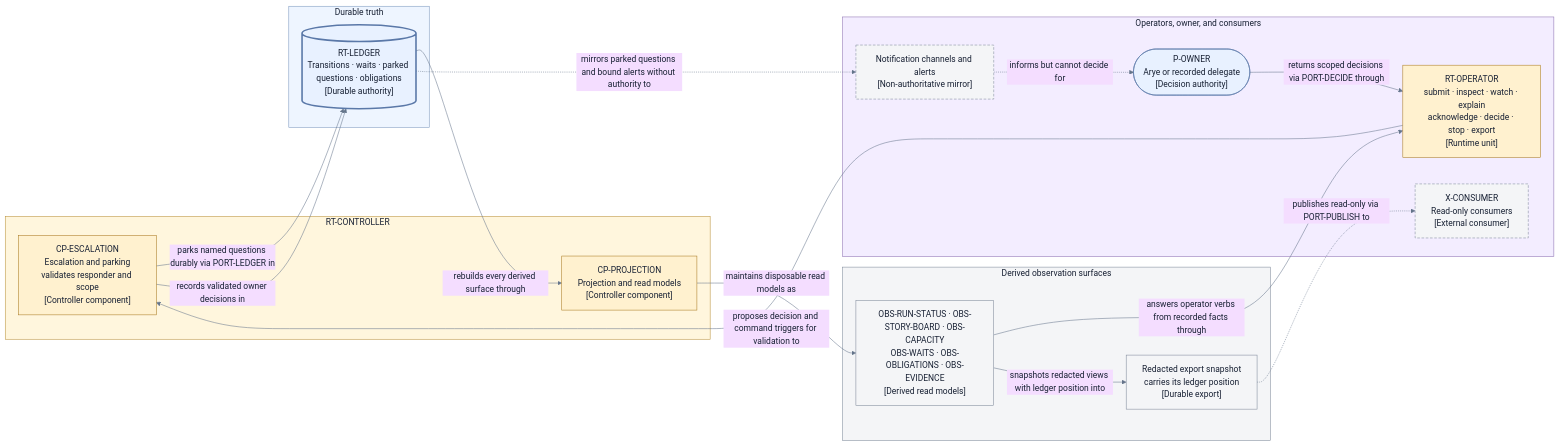
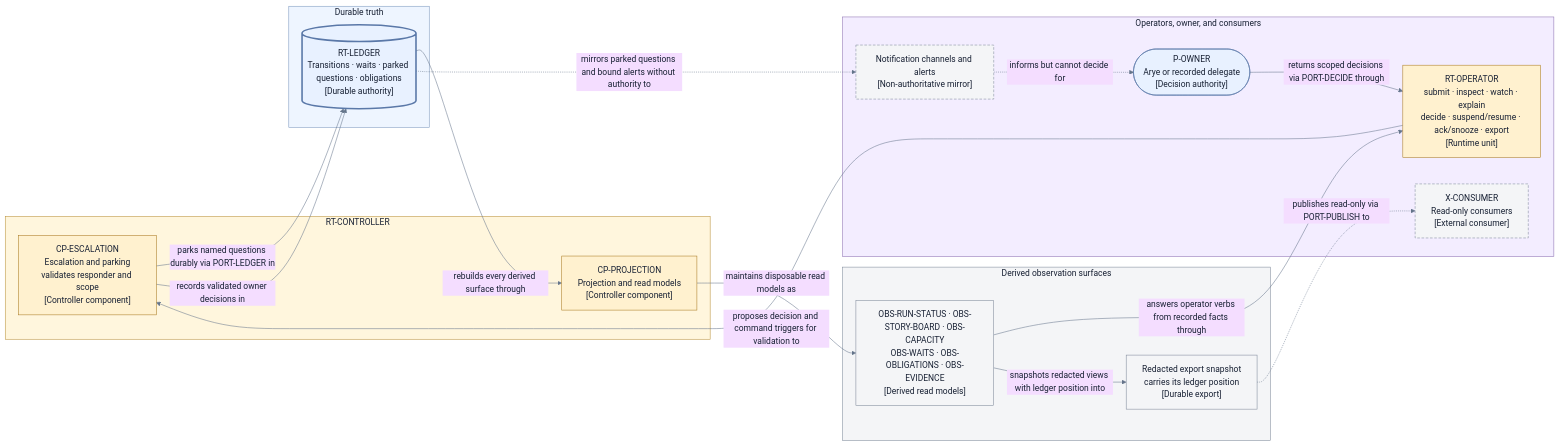
One commit to agentic-workflow-kit/jig changed the diagram in docs/redesign/design/operations-and-observability.md. Above: the diagram before and after it, drawn with Mermaid. The commit also changed other lines of this file and 37 other files, not shown here.

````diff
--- a/docs/redesign/design/operations-and-observability.md
+++ b/docs/redesign/design/operations-and-observability.md
@@ -137,50 +143,50 @@
 ```mermaid
 %%{init: {"theme": "base", "themeVariables": {"fontFamily": "Inter, ui-sans-serif, system-ui", "primaryTextColor": "#172033", "lineColor": "#65758b"}}}%%
 flowchart LR
     subgraph Controller["RT-CONTROLLER"]
         Escalation["CP-ESCALATION<br/>Escalation and parking<br/>validates responder and scope<br/>[Controller component]"]
         Projection["CP-PROJECTION<br/>Projection and read models<br/>[Controller component]"]
     end
     subgraph Durable["Durable truth"]
         Ledger[("RT-LEDGER<br/>Transitions · waits · parked questions · obligations<br/>[Durable authority]")]
     end
     subgraph Surfaces["Derived observation surfaces"]
         Models["OBS-RUN-STATUS · OBS-STORY-BOARD · OBS-CAPACITY<br/>OBS-WAITS · OBS-OBLIGATIONS · OBS-EVIDENCE<br/>[Derived read models]"]
         Export["Redacted export snapshot<br/>carries its ledger position<br/>[Durable export]"]
     end
     subgraph Outside["Operators, owner, and consumers"]
-        Operator["RT-OPERATOR<br/>submit · inspect · watch · explain<br/>acknowledge · decide · stop · export<br/>[Runtime unit]"]
+        Operator["RT-OPERATOR<br/>submit · inspect · watch · explain<br/>decide · suspend/resume · ack/snooze · export<br/>[Runtime unit]"]
         Notify["Notification channels and alerts<br/>[Non-authoritative mirror]"]
         Owner(["P-OWNER<br/>Arye or recorded delegate<br/>[Decision authority]"])
         Consumer["X-CONSUMER<br/>Read-only consumers<br/>[External consumer]"]
     end
 
     Escalation -->|"parks named questions durably via PORT-LEDGER in"| Ledger
     Ledger -->|"rebuilds every derived surface through"| Projection
     Projection -->|"maintains disposable read models as"| Models
     Models -->|"answers operator verbs from recorded facts through"| Operator
     Models -->|"snapshots redacted views with ledger position into"| Export
     Export -.->|"publishes read-only via PORT-PUBLISH to"| Consumer
     Ledger -.->|"mirrors parked questions and bound alerts without authority to"| Notify
     Notify -.->|"informs but cannot decide for"| Owner
     Owner -->|"returns scoped decisions via PORT-DECIDE through"| Operator
     Operator -->|"proposes decision and command triggers for validation to"| Escalation
     Escalation -->|"records validated owner decisions in"| Ledger
 
     style Controller fill:#fff6dd,stroke:#b8903a,color:#172033
     style Durable fill:#eef5ff,stroke:#7a96bd,color:#172033
     style Surfaces fill:#f4f5f7,stroke:#7c8798,color:#172033
     style Outside fill:#f3edff,stroke:#8a6eb0,color:#172033
     classDef component fill:#fff1cf,stroke:#a8781f,color:#172033
     classDef authority fill:#e8f1ff,stroke:#5a78a8,stroke-width:3px,color:#172033
     classDef derived fill:#f4f5f7,stroke:#7c8798,color:#172033
     classDef unit fill:#fff1cf,stroke:#a8781f,color:#172033
     classDef mirror fill:#f4f5f7,stroke:#7c8798,stroke-dasharray:5 3,color:#172033
     classDef person fill:#e8f1ff,stroke:#5a78a8,color:#172033
     class Escalation,Projection component
     class Ledger authority
     class Models,Export derived
     class Operator unit
     class Notify,Consumer mirror
     class Owner person
 ```
````
